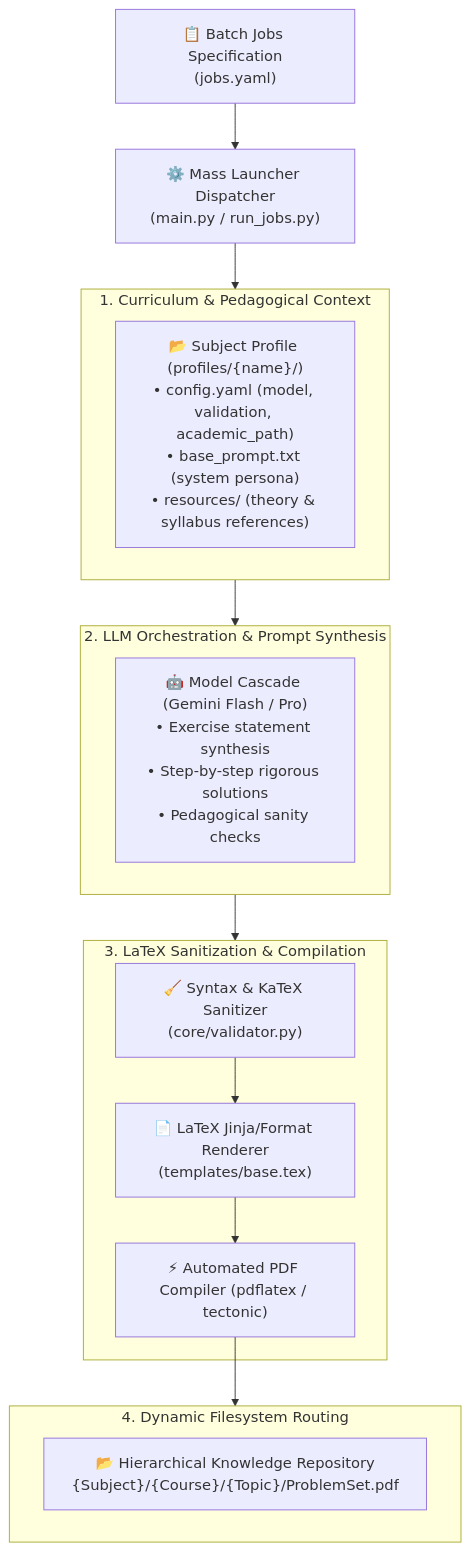
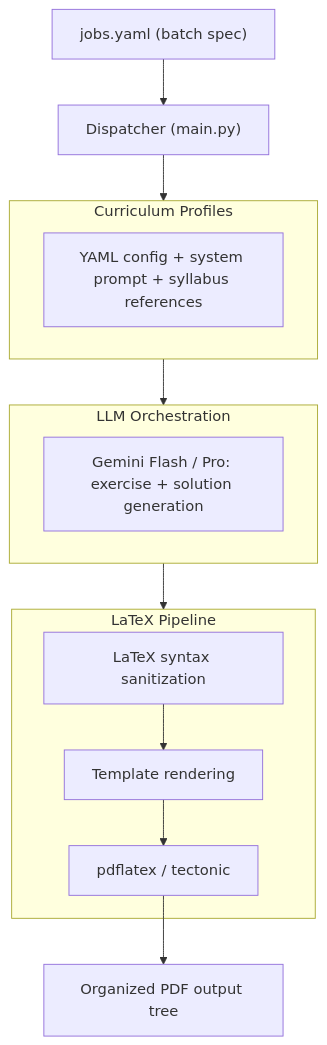
One commit to MiguelMartinVieira/universal-exercise-generator changed the diagram in README.md. Above: the diagram before and after it, drawn with Mermaid. The commit also changed other lines of this file, not shown here.

````diff
--- a/README.md
+++ b/README.md
@@ -14,33 +12,22 @@
 ```mermaid
 flowchart TD
-    Config["📋 Batch Jobs Specification<br/>(jobs.yaml)"] --> Launcher["⚙️ Mass Launcher Dispatcher<br/>(main.py / run_jobs.py)"]
-
-    subgraph ProfileLayer ["1. Curriculum & Pedagogical Context"]
-        Profile["📂 Subject Profile (profiles/{name}/)<br/>• config.yaml (model, validation, academic_path)<br/>• base_prompt.txt (system persona)<br/>• resources/ (theory & syllabus references)"]
+    Config["jobs.yaml (batch spec)"] --> Launcher["Dispatcher (main.py)"]
+    
+    subgraph Profiles ["Curriculum Profiles"]
+        Profile["YAML config + system prompt + syllabus references"]
     end
 
-    Launcher --> ProfileLayer
-
-    subgraph GenerationLayer ["2. LLM Orchestration & Prompt Synthesis"]
-        LLM["🤖 Model Cascade (Gemini Flash / Pro)<br/>• Exercise statement synthesis<br/>• Step-by-step rigorous solutions<br/>• Pedagogical sanity checks"]
+    subgraph Generation ["LLM Orchestration"]
+        LLM["Gemini Flash / Pro: exercise + solution generation"]
     end
 
-    ProfileLayer --> GenerationLayer
-
-    subgraph RenderingLayer ["3. LaTeX Sanitization & Compilation"]
-        Sanitizer["🧹 Syntax & KaTeX Sanitizer<br/>(core/validator.py)"]
-        Renderer["📄 LaTeX Jinja/Format Renderer<br/>(templates/base.tex)"]
-        Compiler["⚡ Automated PDF Compiler (pdflatex / tectonic)"]
-        
-        Sanitizer --> Renderer
-        Renderer --> Compiler
+    subgraph Rendering ["LaTeX Pipeline"]
+        Sanitizer["LaTeX syntax sanitization"]
+        Renderer["Template rendering"]
+        Compiler["pdflatex / tectonic"]
+        Sanitizer --> Renderer --> Compiler
     end
 
-    GenerationLayer --> RenderingLayer
-
-    subgraph RoutingLayer ["4. Dynamic Filesystem Routing"]
-        Tree["📂 Hierarchical Knowledge Repository<br/>{Subject}/{Course}/{Topic}/ProblemSet.pdf"]
-    end
-
-    Compiler --> RoutingLayer
+    Launcher --> Profiles --> Generation --> Rendering
+    Compiler --> Output["Organized PDF output tree"]
 ```
````
